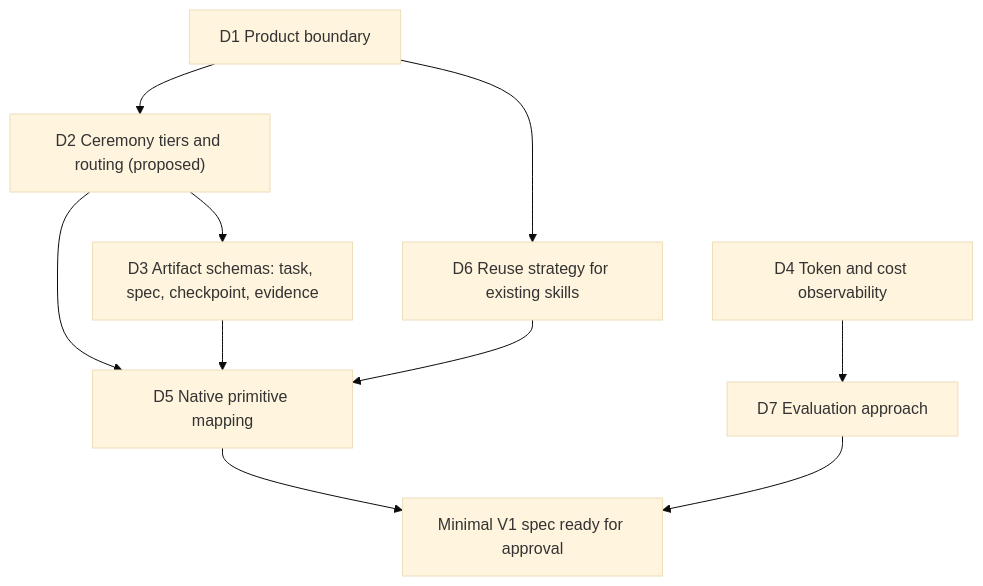
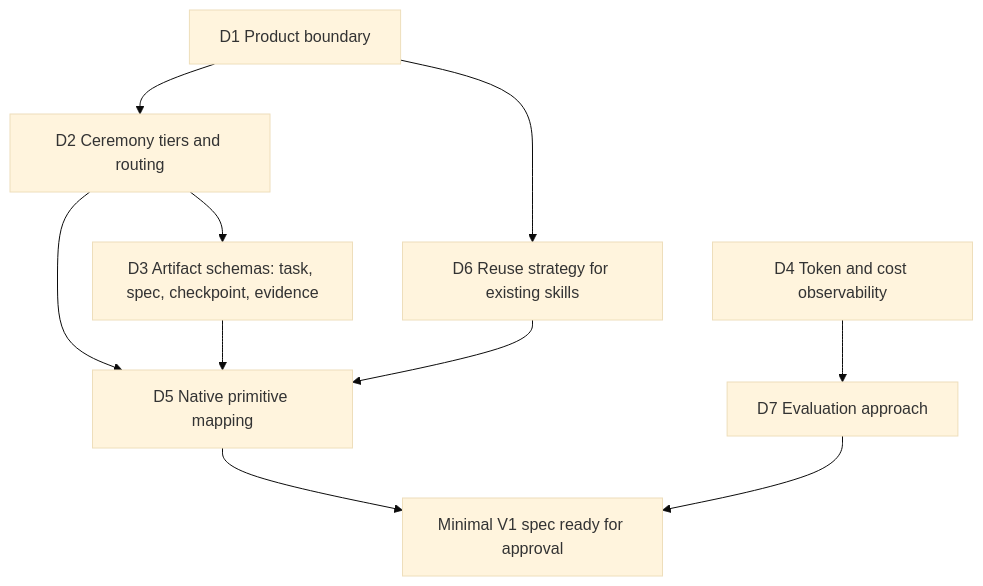
One commit to EduardoShibukawa/G-Inga changed the diagram in docs/decision-map.md. Above: the diagram before and after it, drawn with Mermaid (base theme). The commit also changed other lines of this file and 3 other files, not shown here.

````diff
--- a/docs/decision-map.md
+++ b/docs/decision-map.md
@@ -5,12 +5,12 @@
 ```mermaid
 flowchart TD
-    D1["D1 Product boundary"] --> D2["D2 Ceremony tiers and routing (proposed)"]
+    D1["D1 Product boundary"] --> D2["D2 Ceremony tiers and routing"]
     D1 --> D6["D6 Reuse strategy for existing skills"]
     D2 --> D3["D3 Artifact schemas: task, spec, checkpoint, evidence"]
     D4["D4 Token and cost observability"] --> D7["D7 Evaluation approach"]
     D2 --> D5["D5 Native primitive mapping"]
     D3 --> D5
     D6 --> D5
     D5 --> V1["Minimal V1 spec ready for approval"]
     D7 --> V1
 ```
````
